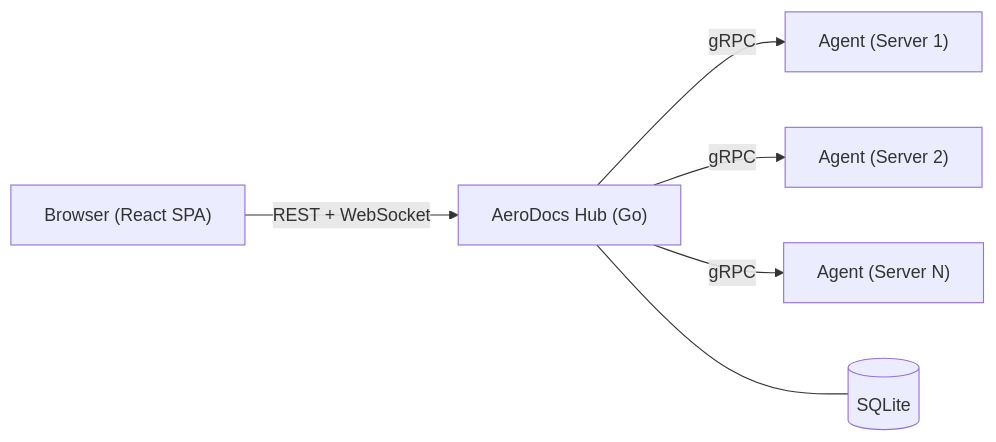
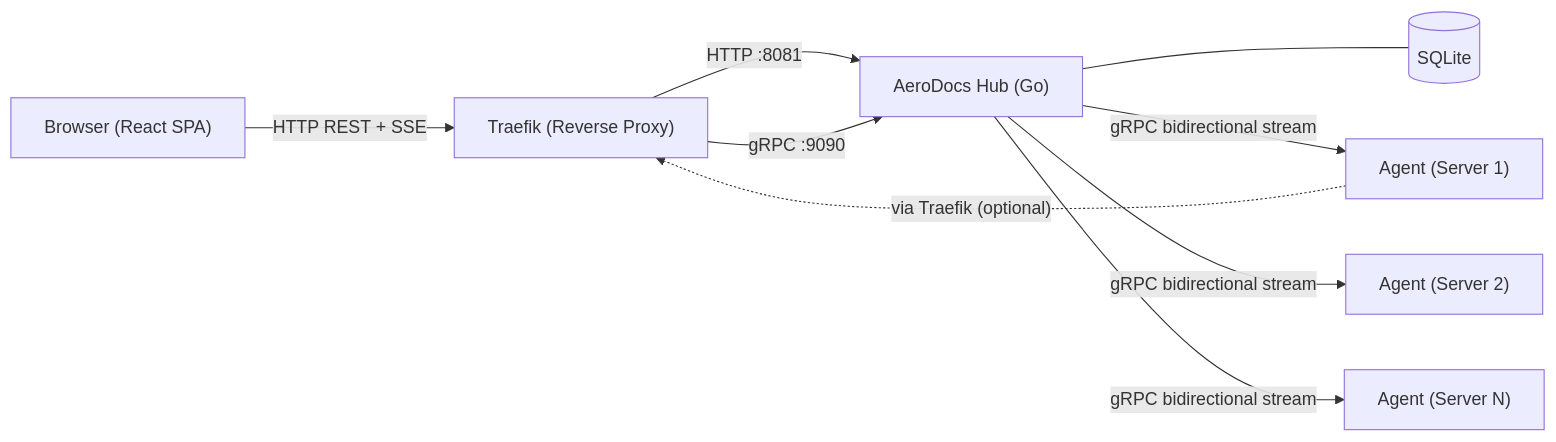
One commit to lorconksu/aerodocs changed the diagram in README.md. Above: the diagram before and after it, drawn with Mermaid. The commit also changed other lines of this file, not shown here.

First line of the commit message:
docs: update README, add PRD and SDD for complete AeroDocs platform

````diff
--- a/README.md
+++ b/README.md
@@ -25,8 +25,11 @@
 ```mermaid
 graph LR
-    Browser["Browser (React SPA)"] -->|REST + WebSocket| Hub["AeroDocs Hub (Go)"]
-    Hub -->|gRPC| Agent1["Agent (Server 1)"]
-    Hub -->|gRPC| Agent2["Agent (Server 2)"]
-    Hub -->|gRPC| Agent3["Agent (Server N)"]
+    Browser["Browser (React SPA)"] -->|HTTP REST + SSE| Traefik["Traefik (Reverse Proxy)"]
+    Traefik -->|HTTP :8081| Hub["AeroDocs Hub (Go)"]
+    Traefik -->|gRPC :9090| Hub
     Hub --- DB[(SQLite)]
+    Hub -->|gRPC bidirectional stream| Agent1["Agent (Server 1)"]
+    Hub -->|gRPC bidirectional stream| Agent2["Agent (Server 2)"]
+    Hub -->|gRPC bidirectional stream| Agent3["Agent (Server N)"]
+    Agent1 -.->|"via Traefik (optional)"| Traefik
 ```
````
